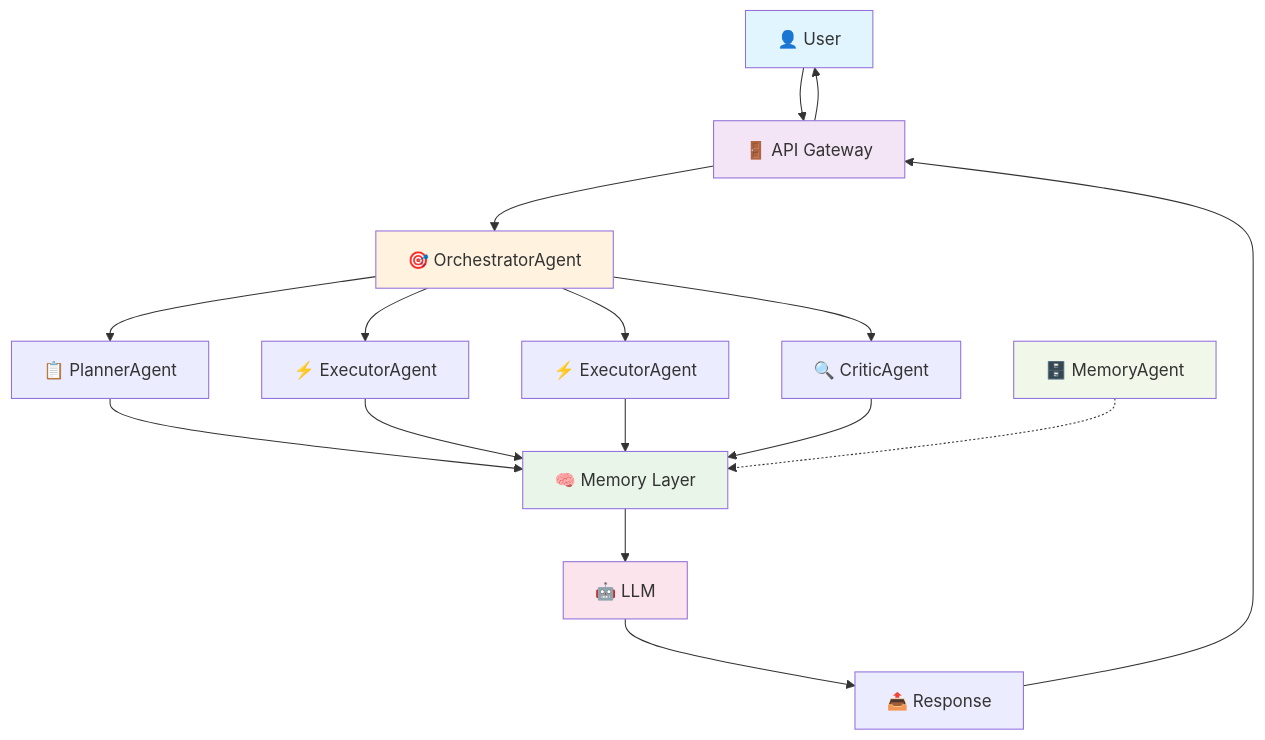
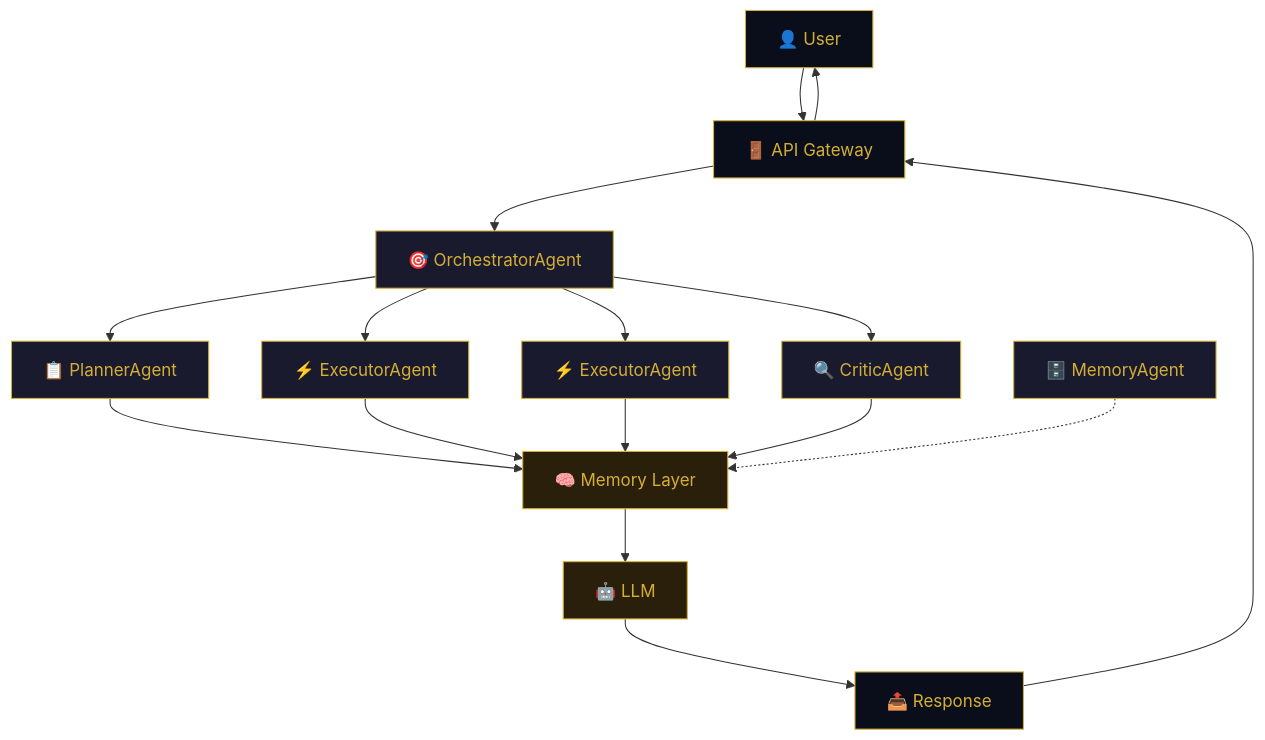
Before and after one commit to Senpai-Sama7/SuperNova: the diagram in README.md, drawn with Mermaid. The commit also changed other lines of this file and 1 other file, not shown here.

````diff
--- a/README.md
+++ b/README.md
@@ -75,29 +78,34 @@
 ```mermaid
 graph TD
     User[👤 User] --> Gateway[🚪 API Gateway]
     Gateway --> Orchestrator[🎯 OrchestratorAgent]
     
     Orchestrator --> Planner[📋 PlannerAgent]
     Orchestrator --> Executor1[⚡ ExecutorAgent]
     Orchestrator --> Executor2[⚡ ExecutorAgent]
     Orchestrator --> Critic[🔍 CriticAgent]
     
     Planner --> Memory[🧠 Memory Layer]
     Executor1 --> Memory
     Executor2 --> Memory
     Critic --> Memory
     
     Memory --> LLM[🤖 LLM]
     LLM --> Response[📤 Response]
     Response --> Gateway
     Gateway --> User
     
     MemoryAgent[🗄️ MemoryAgent] -.-> Memory
     
-    style User fill:#e1f5fe
-    style Gateway fill:#f3e5f5
-    style Orchestrator fill:#fff3e0
-    style Memory fill:#e8f5e8
-    style LLM fill:#fce4ec
-    style MemoryAgent fill:#f1f8e9
+    style User fill:#0a0e1a,color:#d4af37,stroke:#d4af37
+    style Gateway fill:#0a0e1a,color:#d4af37,stroke:#d4af37
+    style Orchestrator fill:#1a1a2e,color:#d4af37,stroke:#d4af37
+    style Planner fill:#1a1a2e,color:#d4af37,stroke:#d4af37
+    style Executor1 fill:#1a1a2e,color:#d4af37,stroke:#d4af37
+    style Executor2 fill:#1a1a2e,color:#d4af37,stroke:#d4af37
+    style Critic fill:#1a1a2e,color:#d4af37,stroke:#d4af37
+    style Memory fill:#2a1f0a,color:#d4af37,stroke:#d4af37
+    style LLM fill:#2a1f0a,color:#d4af37,stroke:#d4af37
+    style Response fill:#0a0e1a,color:#d4af37,stroke:#d4af37
+    style MemoryAgent fill:#1a1a2e,color:#d4af37,stroke:#d4af37
 ```
````
